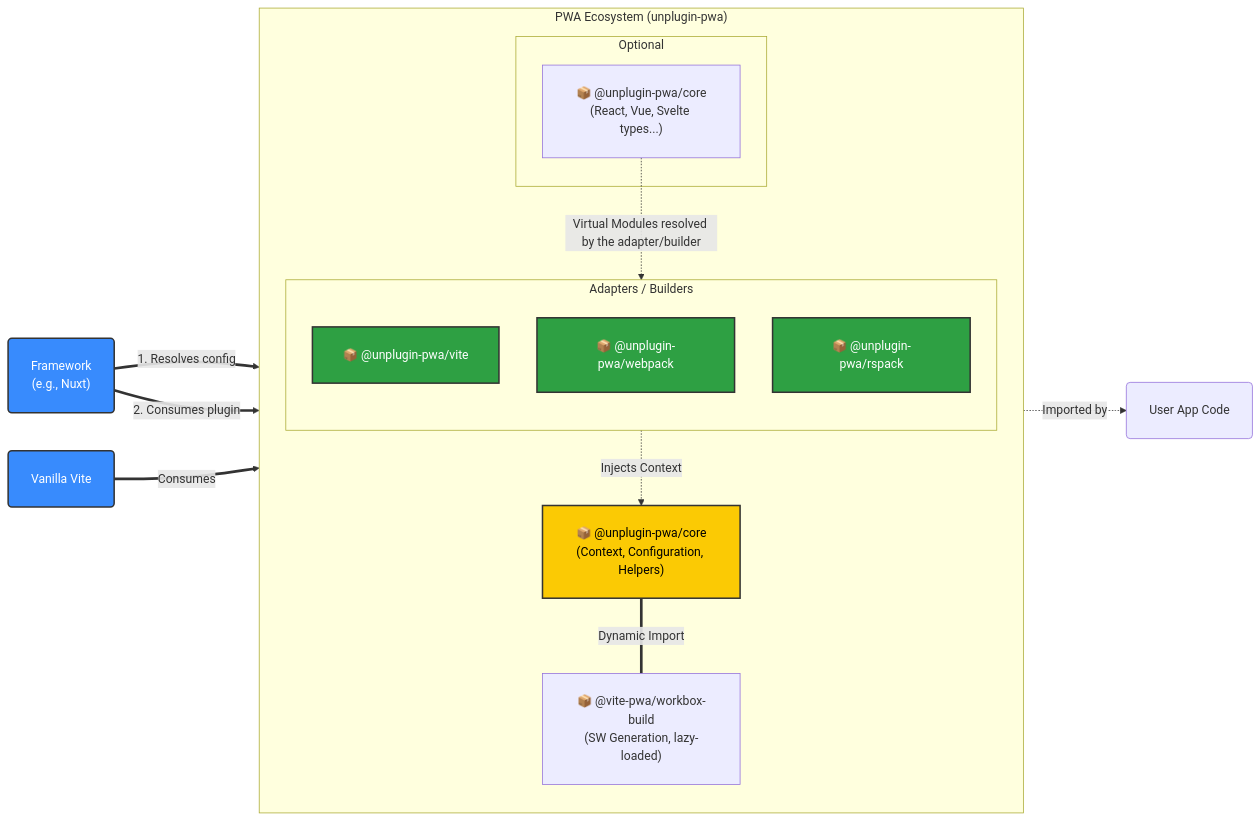
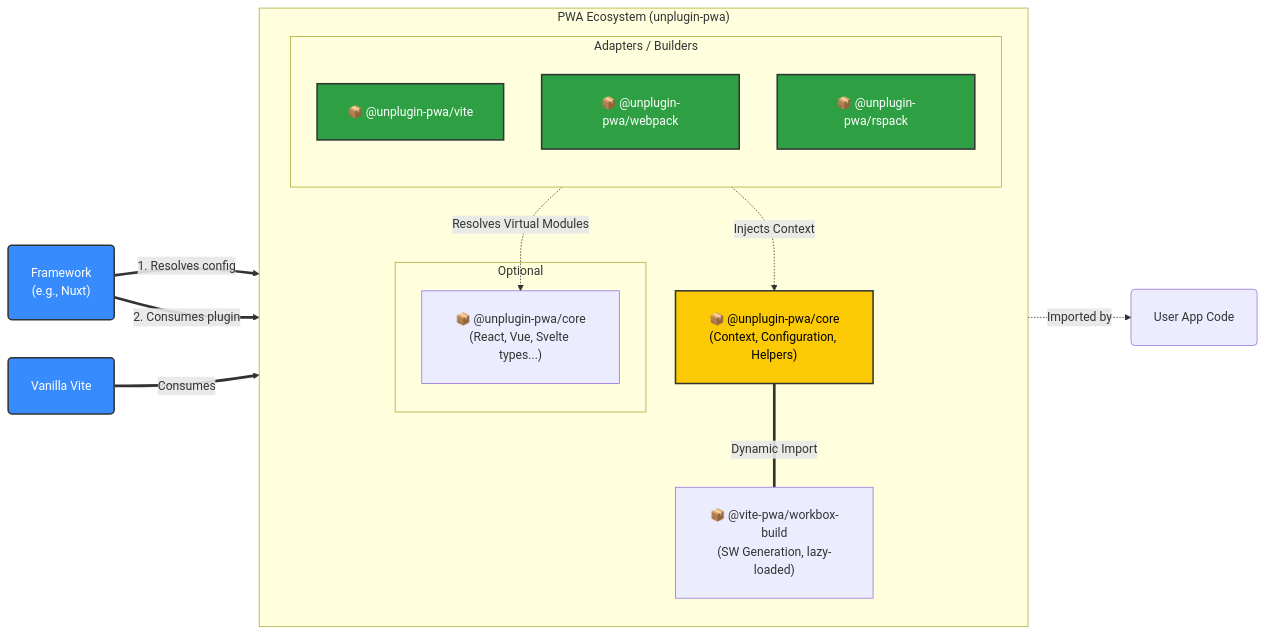
The first of 3 diagrams in ARCHITECTURE.md (vite-pwa/unplugin-pwa), drawn with Mermaid before and after one commit.

Commit message:
docs: invert virtual module resolution direction

````diff
--- a/ARCHITECTURE.md
+++ b/ARCHITECTURE.md
@@ -3,45 +3,47 @@
 ```mermaid
 flowchart LR
 %% External Consumers
     Nuxt("<div style='padding: 10px 15px;'>Framework<br>(e.g., Nuxt)</div>")
     Vanilla("<div style='padding: 10px 15px;'>Vanilla Vite</div>")
     App("<div style='padding: 10px 15px;'>User App Code</div>")
 
     subgraph Monorepo ["PWA Ecosystem (unplugin-pwa)"]
         direction TB
 
         subgraph Builders ["Adapters / Builders"]
             direction TB
             Vite["<div style='padding: 10px'>📦 @unplugin-pwa/vite</div>"]
             Webpack["<div style='padding: 10px'>📦 @unplugin-pwa/webpack</div>"]
             Rspack["<div style='padding: 10px'>📦 @unplugin-pwa/rspack</div>"]
         end
 
         Core["<div style='padding: 10px'>📦 @unplugin-pwa/core<br>(Context, Configuration, Helpers)</div>"]
         WB["<div style='padding: 10px'>📦 @vite-pwa/workbox-build<br>(SW Generation, lazy-loaded)</div>"]
 
         subgraph Extras ["Optional"]
             Client["<div style='padding: 10px'>📦 @unplugin-pwa/core<br>(React, Vue, Svelte types...)</div>"]
         end
 
     %% Internal Relations
         Builders -. "Injects Context" .-> Core
         Core == "Dynamic Import" === WB
-        Client -. "Virtual Modules resolved by the adapter/builder" .-> Vite
+
+    %% Se invierte la dirección para mantener el flujo visual LR
+        Vite -. "Resolves Virtual Modules" .-> Client
     end
 
 %% External Connections
     Nuxt ==>|1. Resolves config| Core
     Nuxt ==>|2. Consumes plugin| Vite
     Vanilla ==>|Consumes| Vite
     Client -. "Imported by" .-> App
 
 %% Styles
     classDef core fill:#fbca04,stroke:#333,stroke-width:2px,color:black;
     classDef builder fill:#2ea043,stroke:#333,stroke-width:2px,color:white;
     classDef framework fill:#388bfd,stroke:#333,stroke-width:2px,color:white;
 
     class Core core;
     class Vite,Webpack,Rspack builder;
     class Nuxt,Vanilla framework;
 ```
````
